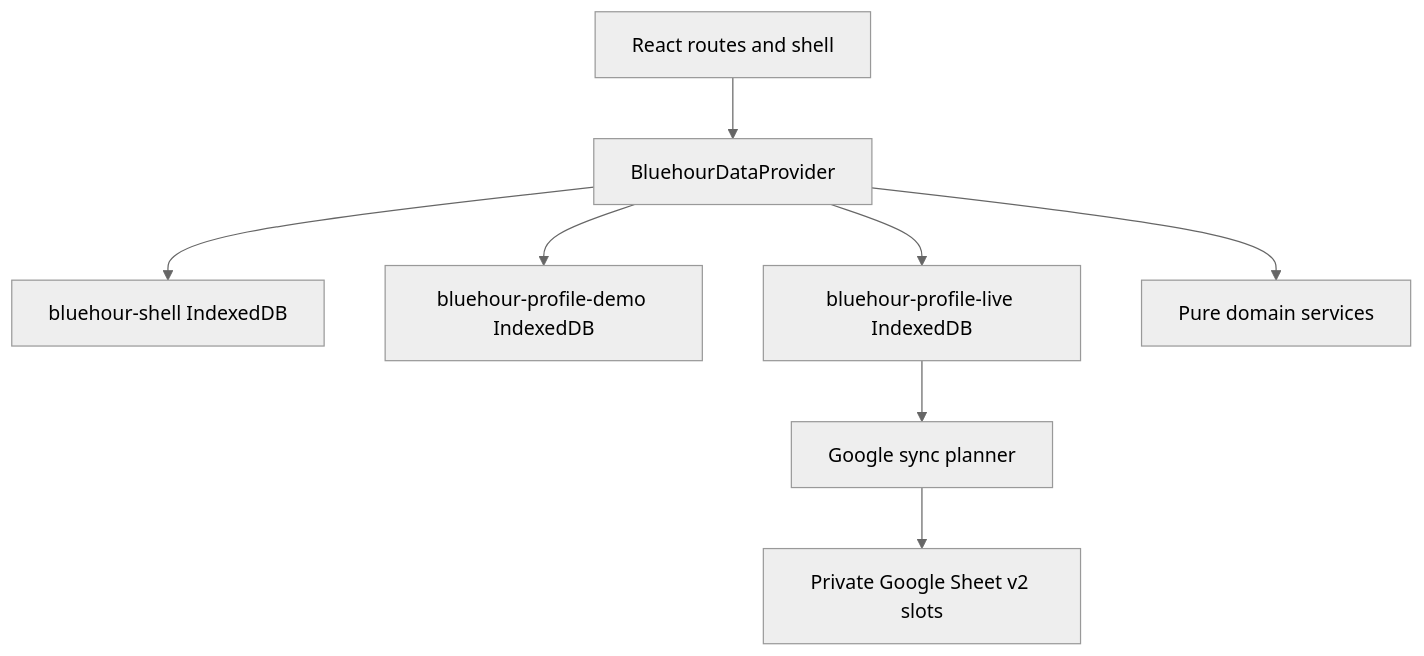
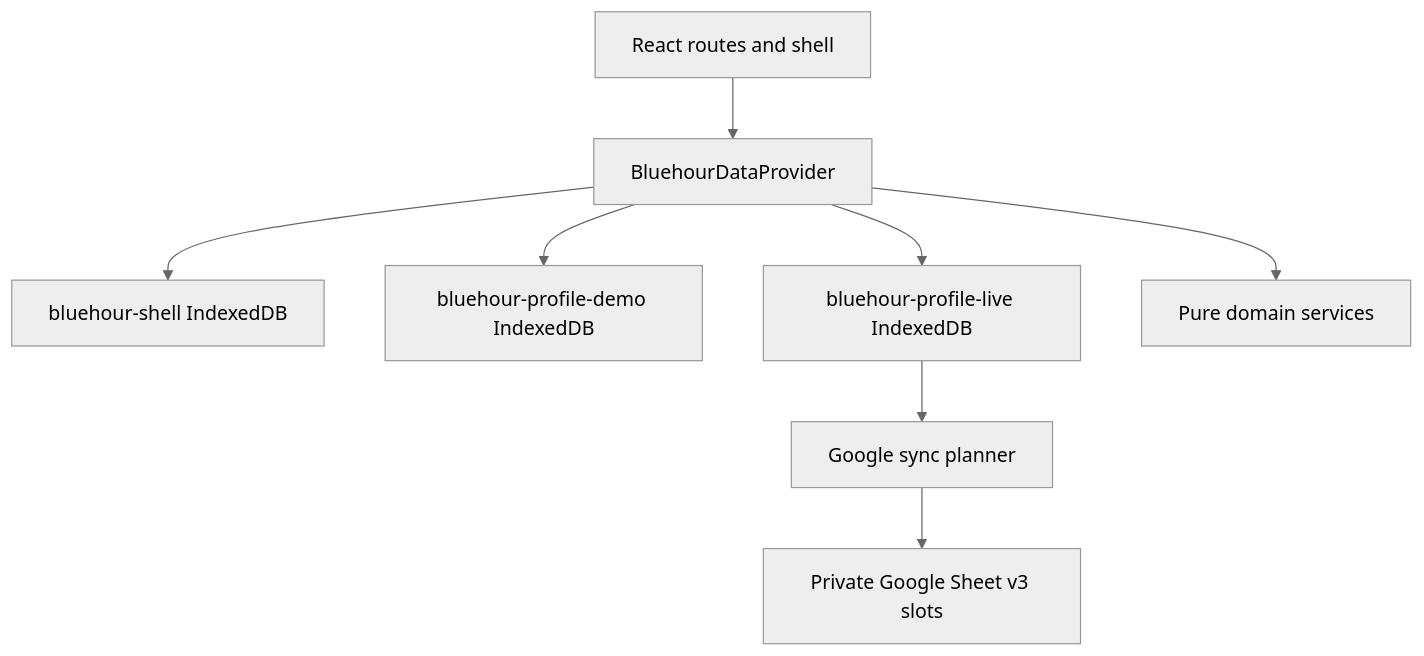
Before and after one commit to datojulien/bluehour: the diagram in docs/ARCHITECTURE.md, drawn with Mermaid (neutral theme). The commit also changed other lines of this file and 46 other files, not shown here.

````diff
--- a/docs/ARCHITECTURE.md
+++ b/docs/ARCHITECTURE.md
@@ -5,10 +5,10 @@
 ```mermaid
 flowchart TD
   UI[React routes and shell] --> Provider[BluehourDataProvider]
   Provider --> ShellDB[bluehour-shell IndexedDB]
   Provider --> DemoDB[bluehour-profile-demo IndexedDB]
   Provider --> LiveDB[bluehour-profile-live IndexedDB]
   LiveDB --> Sync[Google sync planner]
-  Sync --> Sheets[Private Google Sheet v2 slots]
+  Sync --> Sheets[Private Google Sheet v3 slots]
   Provider --> Domain[Pure domain services]
 ```
````
